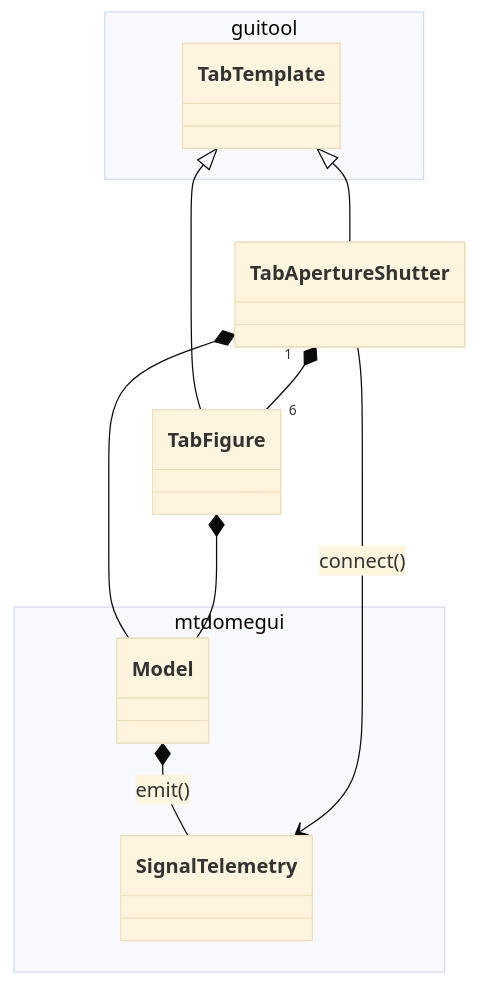
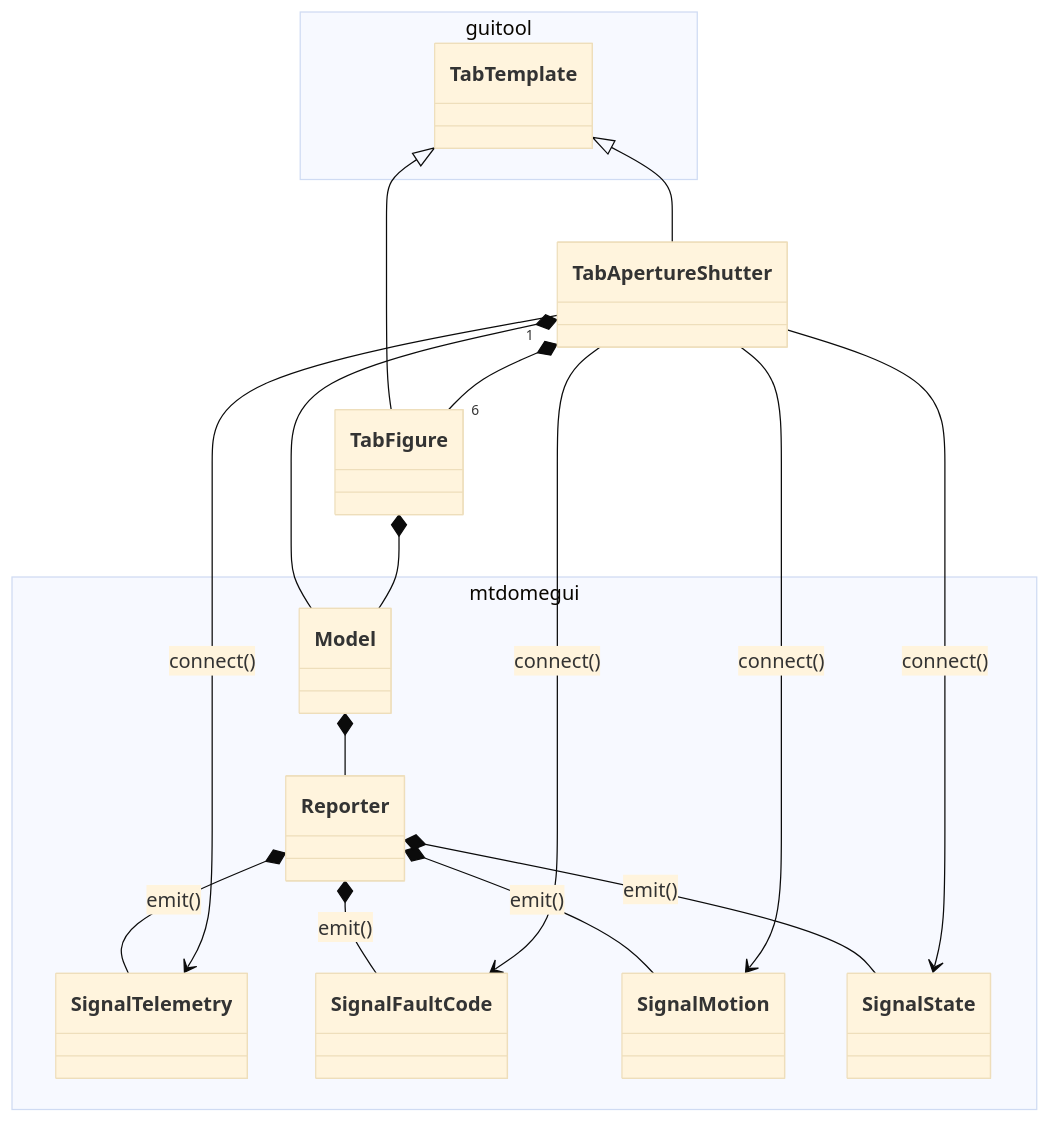
The diagram in doc/uml/tab/class_tab_aperture_shutter.mmd (lsst-ts/ts_mtdomegui), drawn with Mermaid (base theme) before and after one commit. The commit also changed 10 other files, not shown here.

```diff
--- a/doc/uml/tab/class_tab_aperture_shutter.mmd
+++ b/doc/uml/tab/class_tab_aperture_shutter.mmd
@@ -1,21 +1,33 @@
 classDiagram
 
 namespace guitool {
   class TabTemplate
 }
 
 namespace mtdomegui {
   class Model
+  class Reporter
   class SignalTelemetry
+  class SignalFaultCode
+  class SignalMotion
+  class SignalState
 }
 
-Model *-- SignalTelemetry : emit()
+Model *-- Reporter
+
+Reporter *-- SignalTelemetry : emit()
+Reporter *-- SignalFaultCode : emit()
+Reporter *-- SignalMotion : emit()
+Reporter *-- SignalState : emit()
 
 TabTemplate <|-- TabApertureShutter
 TabTemplate <|-- TabFigure
 
 TabApertureShutter *-- Model
 TabApertureShutter "1" *-- "6" TabFigure
 TabApertureShutter --> SignalTelemetry : connect()
+TabApertureShutter --> SignalFaultCode : connect()
+TabApertureShutter --> SignalMotion : connect()
+TabApertureShutter --> SignalState : connect()
 
 TabFigure *-- Model
```
